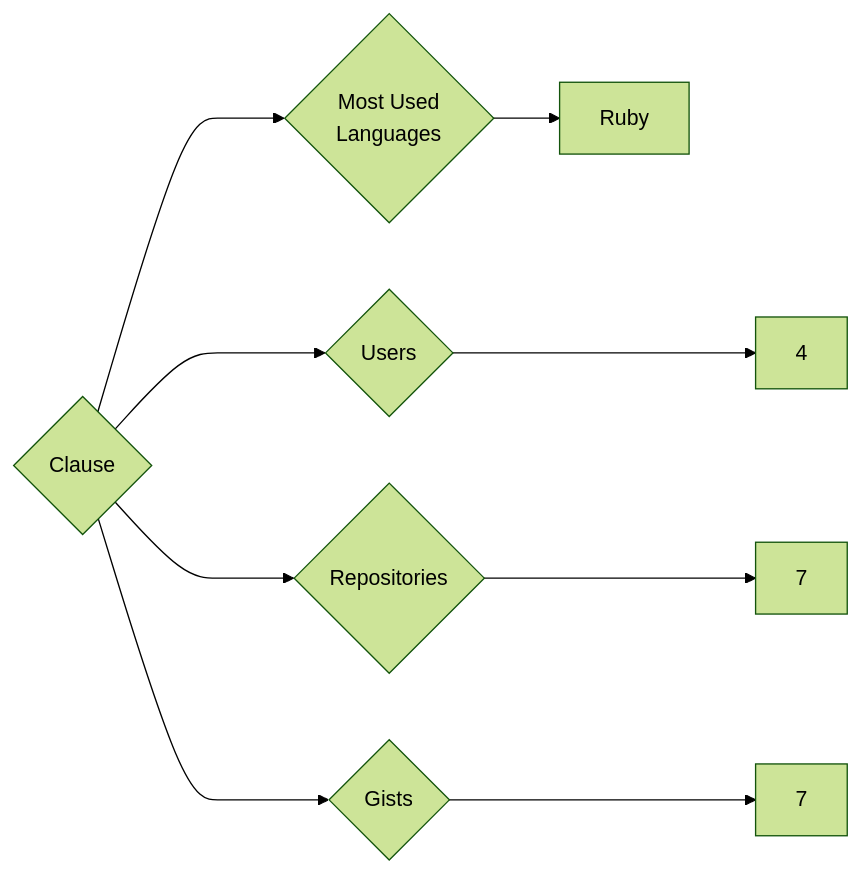
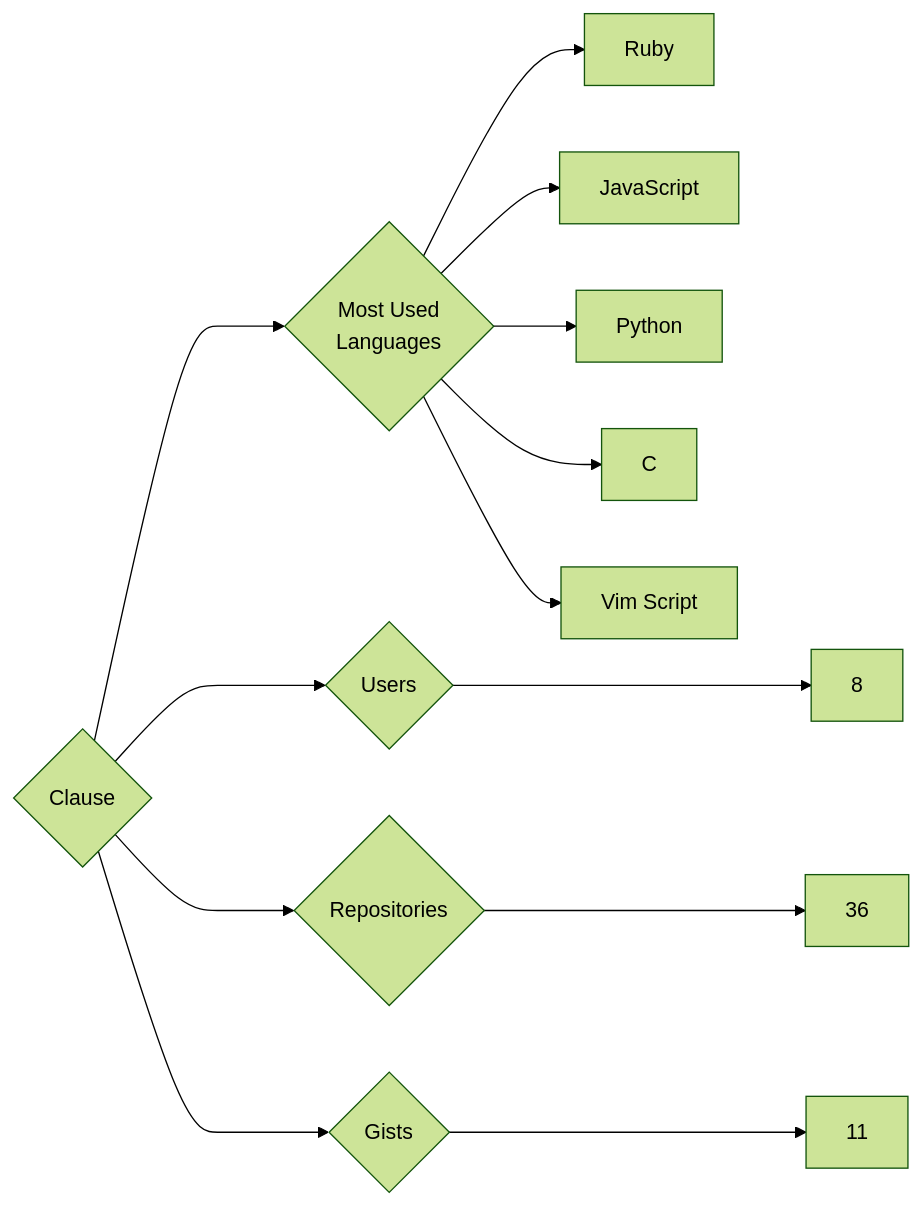
One commit to trickest/insiders changed the diagram in targets/Clause/README.md. Above: the diagram before and after it, drawn with Mermaid (forest theme). The commit also changed 657 other files, not shown here.

````diff
--- a/targets/Clause/README.md
+++ b/targets/Clause/README.md
@@ -3,9 +3,13 @@
 ```mermaid
 graph LR
 COMPANY_NAME{Clause}
-COMPANY_NAME ---> U{Users} ---> UN[4]
-COMPANY_NAME ---> R{Repositories} ---> RN[7]
-COMPANY_NAME ---> G{Gists} ---> GN[7]
+COMPANY_NAME ---> U{Users} ---> UN[8]
+COMPANY_NAME ---> R{Repositories} ---> RN[36]
+COMPANY_NAME ---> G{Gists} ---> GN[11]
 COMPANY_NAME ---> ML{Most Used<br>Languages}
 ML --> Ruby[Ruby]
+ML --> JavaScript[JavaScript]
+ML --> Python[Python]
+ML --> C[C]
+ML --> Vim_Script[Vim Script]
 ```
````
